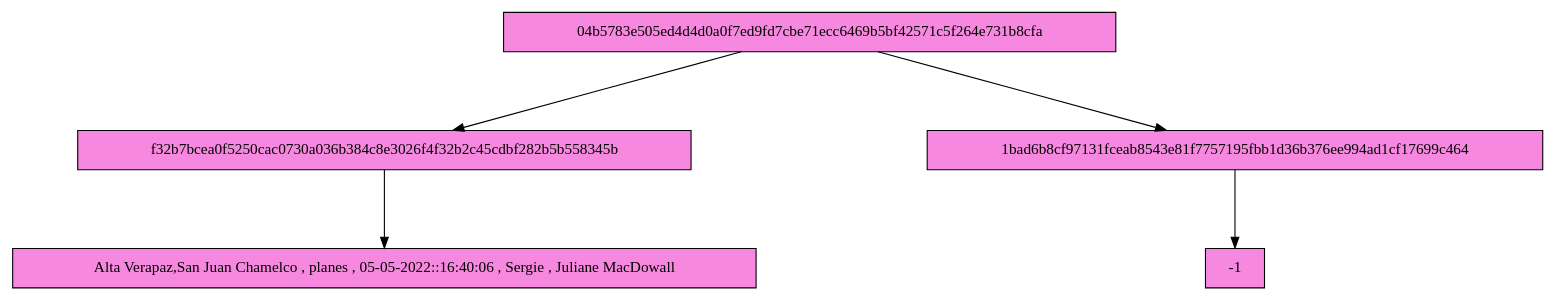
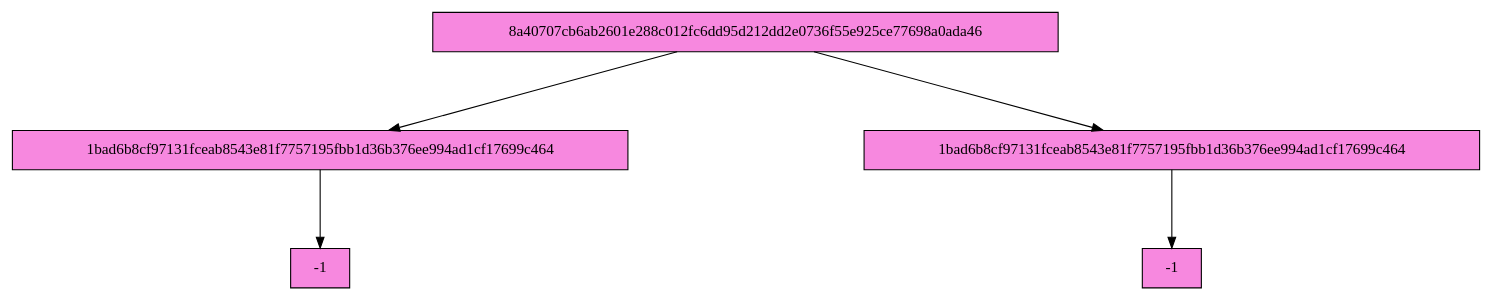
One commit to Serch-ING/EDD_UDRAWING_202000119 changed the diagram in FASE 3/Grafico/Merkle_0.dot. Above: the diagram before and after it, drawn with Graphviz. The commit also changed 13 other files, not shown here.

```diff
--- a/FASE 3/Grafico/Merkle_0.dot
+++ b/FASE 3/Grafico/Merkle_0.dot
@@ -1,16 +1,16 @@
 digraph G {
 nodesep=3; 
 ranksep=1;
 node[shape=box style = filled fillcolor="#F788DF"];
-	NodoABB545472921[ label="04b5783e505ed4d4d0a0f7ed9fd7cbe71ecc6469b5bf42571c5f264e731b8cfa"  ];
-	NodoABB588647425[ label="f32b7bcea0f5250cac0730a036b384c8e3026f4f32b2c45cdbf282b5b558345b"];
-NodoABB545472921->NodoABB588647425
-	NodoABB588647425[ label="f32b7bcea0f5250cac0730a036b384c8e3026f4f32b2c45cdbf282b5b558345b"  ];
-	NodoABB588647425f32b7bcea0f5250cac0730a036b384c8e3026f4f32b2c45cdbf282b5b558345b[ label="Alta Verapaz,San Juan Chamelco , planes , 05-05-2022::16:40:06 , Sergie , Juliane MacDowall"  ];
-NodoABB588647425->NodoABB588647425f32b7bcea0f5250cac0730a036b384c8e3026f4f32b2c45cdbf282b5b558345b
-	NodoABB1132839692[ label="1bad6b8cf97131fceab8543e81f7757195fbb1d36b376ee994ad1cf17699c464" ];
-NodoABB545472921->NodoABB1132839692
-	NodoABB1132839692[ label="1bad6b8cf97131fceab8543e81f7757195fbb1d36b376ee994ad1cf17699c464"  ];
-	NodoABB11328396921bad6b8cf97131fceab8543e81f7757195fbb1d36b376ee994ad1cf17699c464[ label="-1"  ];
-NodoABB1132839692->NodoABB11328396921bad6b8cf97131fceab8543e81f7757195fbb1d36b376ee994ad1cf17699c464
+	NodoABB810884623[ label="8a40707cb6ab2601e288c012fc6dd95d212dd2e0736f55e925ce77698a0ada46"  ];
+	NodoABB358965540[ label="1bad6b8cf97131fceab8543e81f7757195fbb1d36b376ee994ad1cf17699c464"];
+NodoABB810884623->NodoABB358965540
+	NodoABB358965540[ label="1bad6b8cf97131fceab8543e81f7757195fbb1d36b376ee994ad1cf17699c464"  ];
+	NodoABB3589655401bad6b8cf97131fceab8543e81f7757195fbb1d36b376ee994ad1cf17699c464[ label="-1"  ];
+NodoABB358965540->NodoABB3589655401bad6b8cf97131fceab8543e81f7757195fbb1d36b376ee994ad1cf17699c464
+	NodoABB1286790270[ label="1bad6b8cf97131fceab8543e81f7757195fbb1d36b376ee994ad1cf17699c464" ];
+NodoABB810884623->NodoABB1286790270
+	NodoABB1286790270[ label="1bad6b8cf97131fceab8543e81f7757195fbb1d36b376ee994ad1cf17699c464"  ];
+	NodoABB12867902701bad6b8cf97131fceab8543e81f7757195fbb1d36b376ee994ad1cf17699c464[ label="-1"  ];
+NodoABB1286790270->NodoABB12867902701bad6b8cf97131fceab8543e81f7757195fbb1d36b376ee994ad1cf17699c464
 }
```
